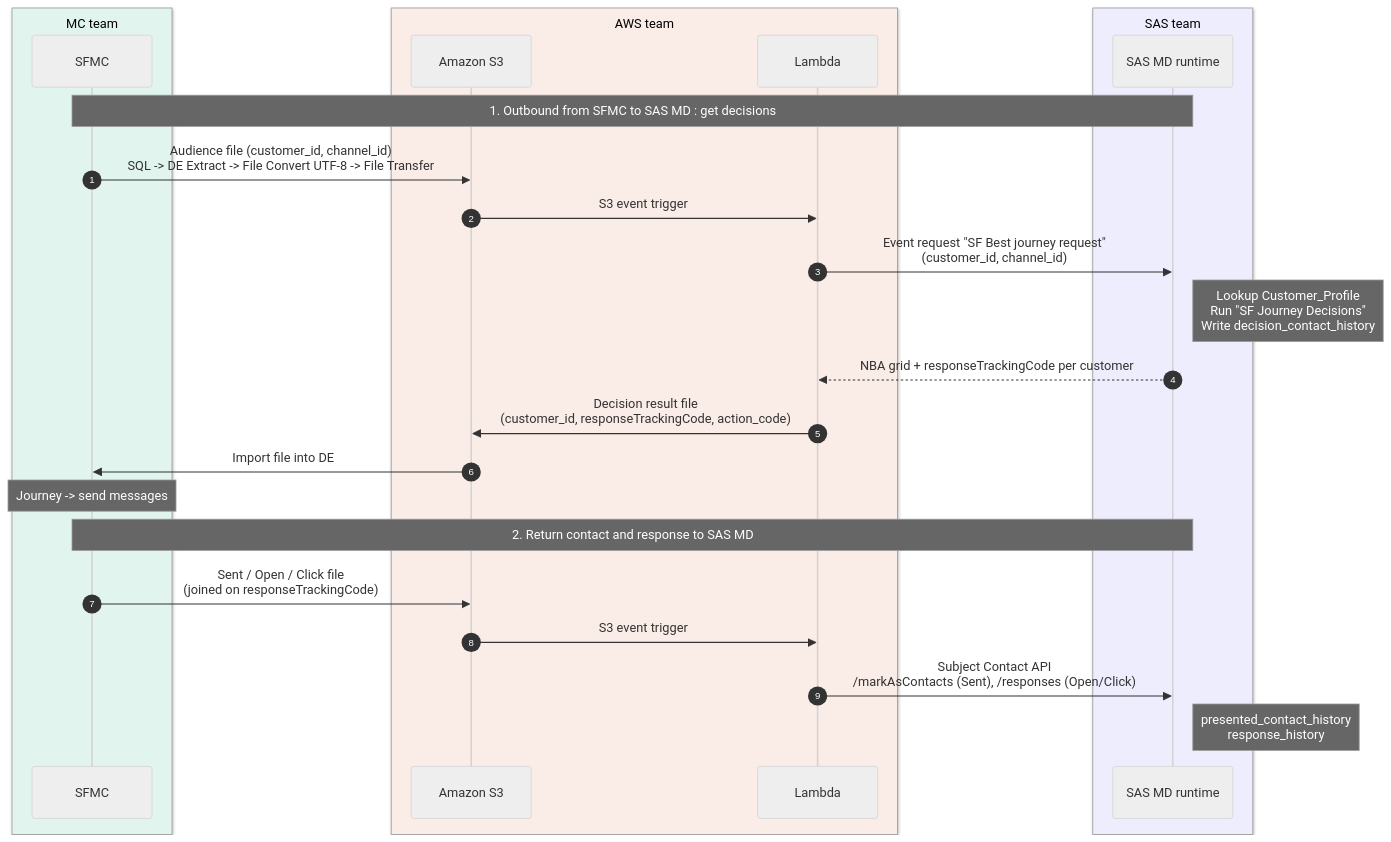
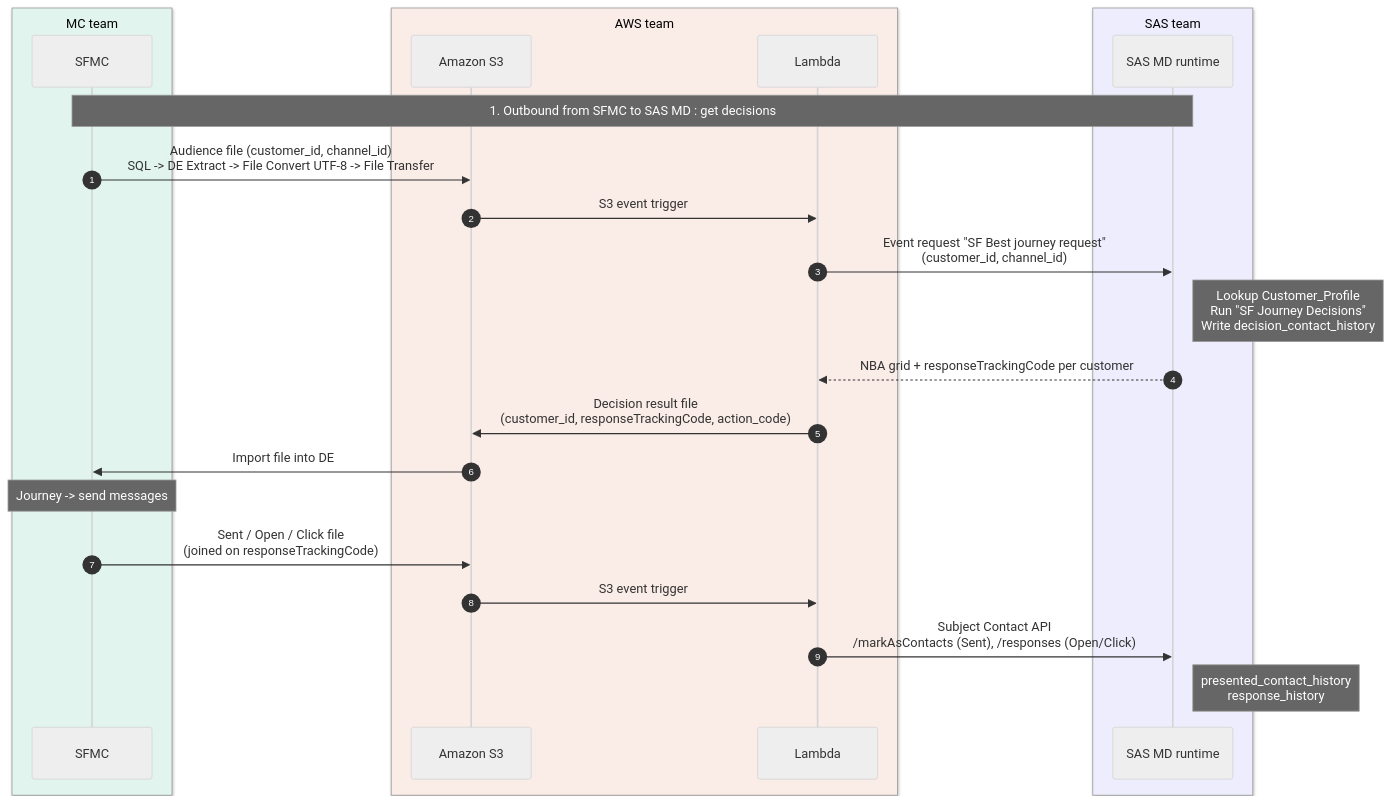
One commit to buaandkwan-ctrl/mermaid changed the diagram in sfmc_sas_md_sequence.mmd. Above: the diagram before and after it, drawn with Mermaid (neutral theme).

```diff
--- a/sfmc_sas_md_sequence.mmd
+++ b/sfmc_sas_md_sequence.mmd
@@ -1,28 +1,28 @@
 sequenceDiagram
     autonumber
     box rgb(225,245,238) MC team 
         participant SFMC as SFMC
     end
     box rgb(250,236,231) AWS team 
         participant S3 as Amazon S3
         participant L as Lambda
     end
     box rgb(238,237,254) SAS team
         participant MD as SAS MD runtime
     end
 
     Note over SFMC,MD: 1. Outbound from SFMC to SAS MD : get decisions 
     SFMC->>S3: Audience file (customer_id, channel_id)<br/>SQL -> DE Extract -> File Convert UTF-8 -> File Transfer
     S3->>L: S3 event trigger
     L->>MD: Event request "SF Best journey request"<br/>(customer_id, channel_id)
     Note right of MD: Lookup Customer_Profile<br/>Run "SF Journey Decisions"<br/>Write decision_contact_history
     MD-->>L: NBA grid + responseTrackingCode per customer
     L->>S3: Decision result file<br/>(customer_id, responseTrackingCode, action_code)
     S3->>SFMC: Import file into DE
     Note over SFMC: Journey -> send messages
 
-    Note over SFMC,MD: 2. Return contact and response to SAS MD 
+    
     SFMC->>S3: Sent / Open / Click file<br/>(joined on responseTrackingCode)
     S3->>L: S3 event trigger
     L->>MD: Subject Contact API<br/>/markAsContacts (Sent), /responses (Open/Click)
     Note right of MD: presented_contact_history<br/>response_history
```
